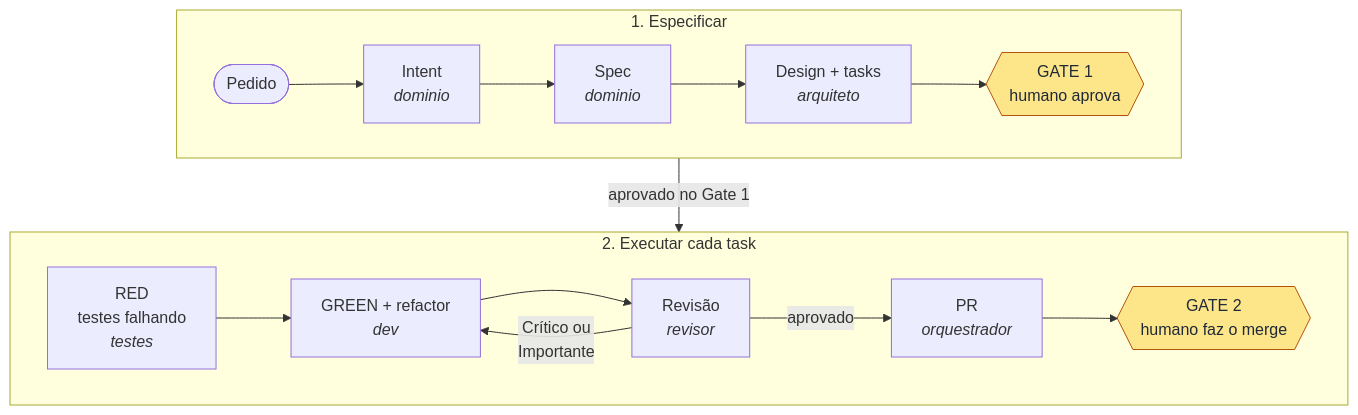
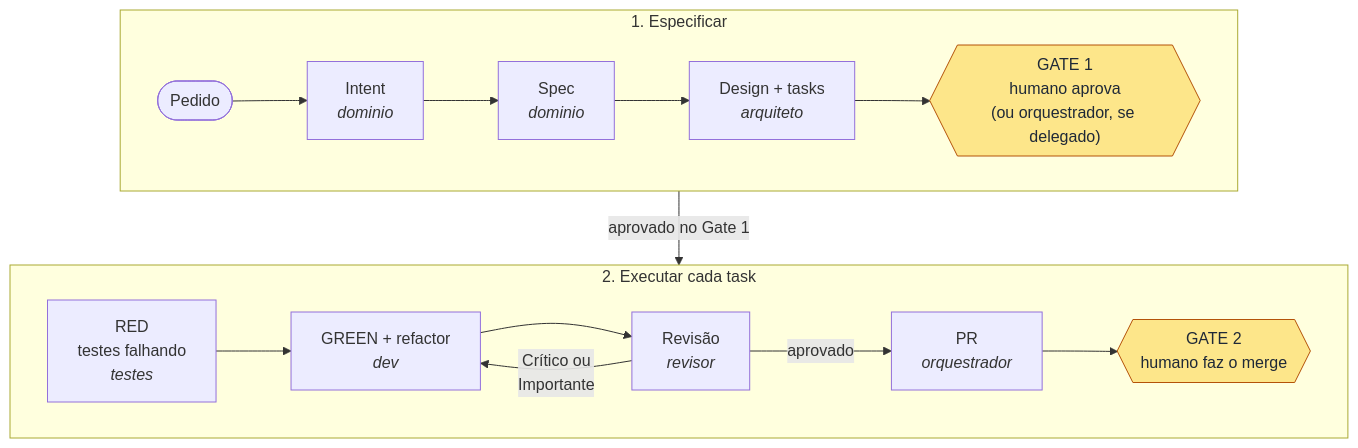
One commit to PauloCalazans/framework-sdlc-agentico changed the diagram in README.md. Above: the diagram before and after it, drawn with Mermaid. The commit also changed other lines of this file and 13 other files, not shown here.

First line of the commit message:
docs(processo): Gate 1 delegado e branches empilhadas no ciclo, templates, papéis, comandos e README

````diff
--- a/README.md
+++ b/README.md
@@ -34,17 +34,17 @@
 ```mermaid
 flowchart TB
     subgraph E1 ["1. Especificar"]
         direction LR
-        P([Pedido]) --> I["Intent<br/><i>dominio</i>"] --> S["Spec<br/><i>dominio</i>"] --> D["Design + tasks<br/><i>arquiteto</i>"] --> G1{{"GATE 1<br/>humano aprova"}}
+        P([Pedido]) --> I["Intent<br/><i>dominio</i>"] --> S["Spec<br/><i>dominio</i>"] --> D["Design + tasks<br/><i>arquiteto</i>"] --> G1{{"GATE 1<br/>humano aprova<br/>(ou orquestrador, se delegado)"}}
     end
     subgraph E2 ["2. Executar cada task"]
         direction LR
         R["RED<br/>testes falhando<br/><i>testes</i>"] --> G["GREEN + refactor<br/><i>dev</i>"] --> V["Revisão<br/><i>revisor</i>"]
         V -- "Crítico ou<br/>Importante" --> G
         V -- "aprovado" --> PR["PR<br/><i>orquestrador</i>"] --> G2{{"GATE 2<br/>humano faz o merge"}}
     end
     E1 -- "aprovado no Gate 1" --> E2
 
     classDef humano fill:#fde68a,stroke:#b45309,color:#1f2937
     class G1,G2 humano
 ```
````
